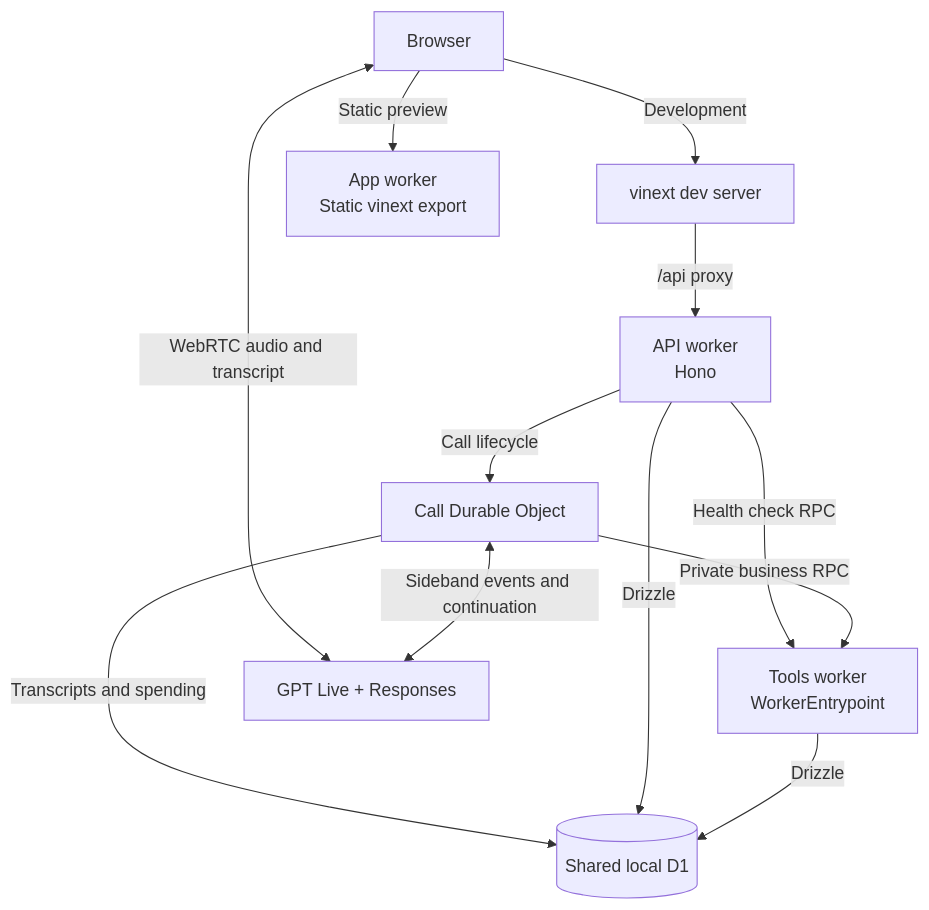
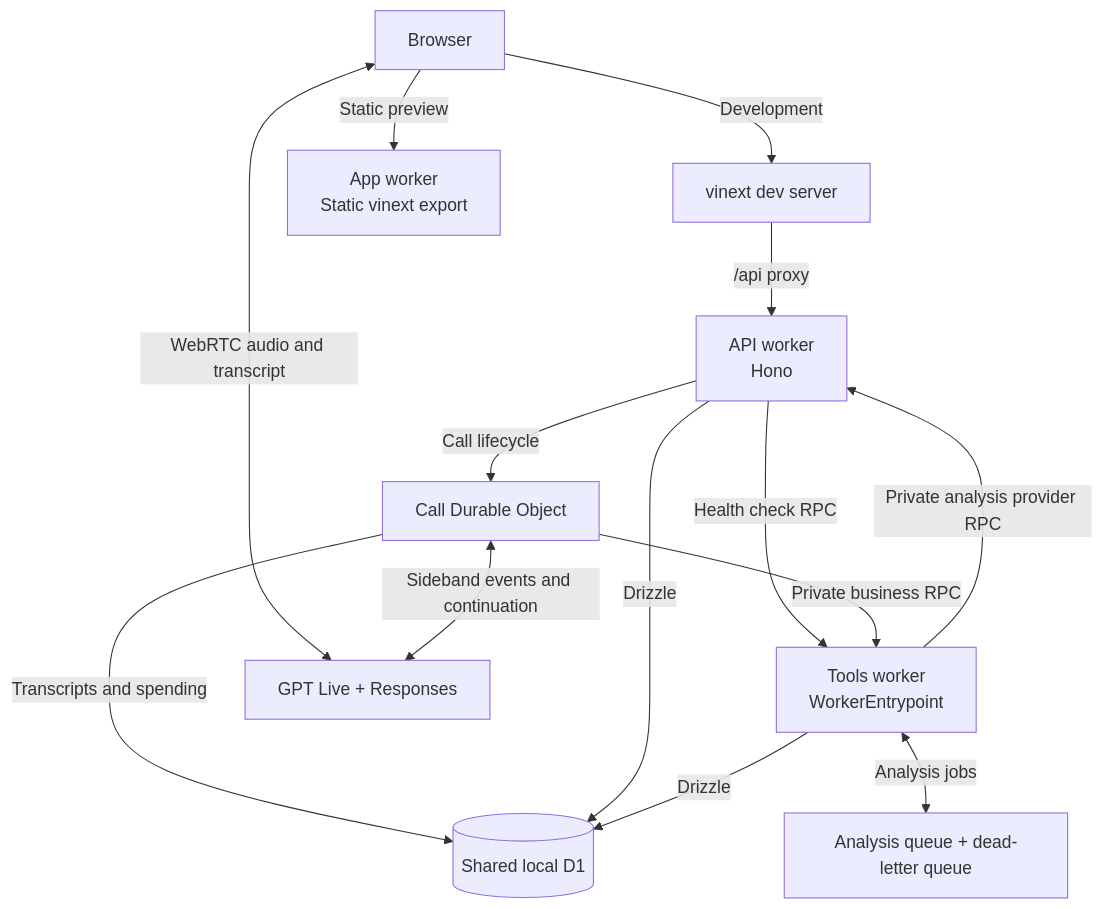
One commit to hd-o/voice-freight-broker changed the diagram in README.md. Above: the diagram before and after it, drawn with Mermaid. The commit also changed 31 other files, not shown here.

````diff
--- a/README.md
+++ b/README.md
@@ -26,23 +26,26 @@
 ```mermaid
 flowchart TD
   Browser["Browser"]
   Dev["vinext dev server"]
   App["App worker<br/>Static vinext export"]
   API["API worker<br/>Hono"]
   Tools["Tools worker<br/>WorkerEntrypoint"]
   Call["Call Durable Object"]
   Live["GPT Live + Responses"]
   DB[("Shared local D1")]
+  Queue["Analysis queue + dead-letter queue"]
 
   Browser -->|Development| Dev
   Browser -->|Static preview| App
   Dev -->|/api proxy| API
   API -->|Health check RPC| Tools
   API -->|Call lifecycle| Call
   Browser <-->|WebRTC audio and transcript | Live
   Call <-->|Sideband events and continuation| Live
   Call -->|Private business RPC| Tools
   Call -->|Transcripts and spending| DB
   API -->|Drizzle| DB
   Tools -->|Drizzle| DB
+  Tools <-->|Analysis jobs| Queue
+  Tools -->|Private analysis provider RPC| API
 ```
````
